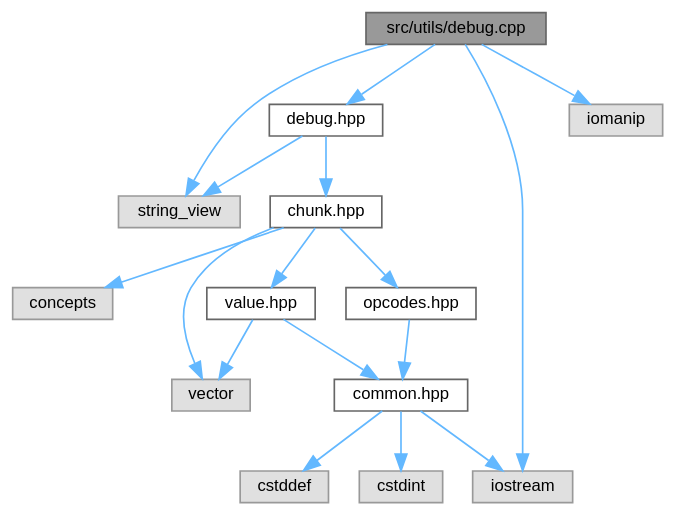
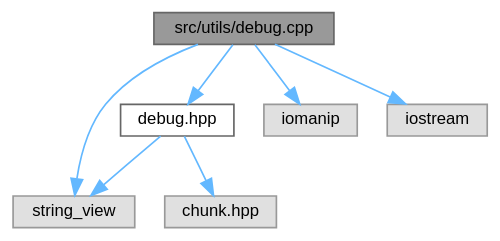
One commit to kejunp/kejunp.github.io changed the diagram in pebbl/docs/debug_8cpp__incl.dot. Above: the diagram before and after it, drawn with Graphviz. The commit also changed 95 other files, not shown here.

```diff
--- a/pebbl/docs/debug_8cpp__incl.dot
+++ b/pebbl/docs/debug_8cpp__incl.dot
@@ -1,36 +1,19 @@
 digraph "src/utils/debug.cpp"
 {
  // LATEX_PDF_SIZE
   bgcolor="transparent";
   edge [fontname=Helvetica,fontsize=10,labelfontname=Helvetica,labelfontsize=10];
   node [fontname=Helvetica,fontsize=10,shape=box,height=0.2,width=0.4];
   Node1 [id="Node000001",label="src/utils/debug.cpp",height=0.2,width=0.4,color="gray40", fillcolor="grey60", style="filled", fontcolor="black",tooltip=" "];
   Node1 -> Node2 [id="edge1_Node000001_Node000002",color="steelblue1",style="solid",tooltip=" "];
   Node2 [id="Node000002",label="debug.hpp",height=0.2,width=0.4,color="grey40", fillcolor="white", style="filled",URL="$debug_8hpp.html",tooltip=" "];
   Node2 -> Node3 [id="edge2_Node000002_Node000003",color="steelblue1",style="solid",tooltip=" "];
   Node3 [id="Node000003",label="string_view",height=0.2,width=0.4,color="grey60", fillcolor="#E0E0E0", style="filled",tooltip=" "];
   Node2 -> Node4 [id="edge3_Node000002_Node000004",color="steelblue1",style="solid",tooltip=" "];
-  Node4 [id="Node000004",label="chunk.hpp",height=0.2,width=0.4,color="grey40", fillcolor="white", style="filled",URL="$chunk_8hpp.html",tooltip=" "];
-  Node4 -> Node5 [id="edge4_Node000004_Node000005",color="steelblue1",style="solid",tooltip=" "];
-  Node5 [id="Node000005",label="concepts",height=0.2,width=0.4,color="grey60", fillcolor="#E0E0E0", style="filled",tooltip=" "];
-  Node4 -> Node6 [id="edge5_Node000004_Node000006",color="steelblue1",style="solid",tooltip=" "];
-  Node6 [id="Node000006",label="vector",height=0.2,width=0.4,color="grey60", fillcolor="#E0E0E0", style="filled",tooltip=" "];
-  Node4 -> Node7 [id="edge6_Node000004_Node000007",color="steelblue1",style="solid",tooltip=" "];
-  Node7 [id="Node000007",label="opcodes.hpp",height=0.2,width=0.4,color="grey40", fillcolor="white", style="filled",URL="$opcodes_8hpp.html",tooltip=" "];
-  Node7 -> Node8 [id="edge7_Node000007_Node000008",color="steelblue1",style="solid",tooltip=" "];
-  Node8 [id="Node000008",label="common.hpp",height=0.2,width=0.4,color="grey40", fillcolor="white", style="filled",URL="$common_8hpp.html",tooltip=" "];
-  Node8 -> Node9 [id="edge8_Node000008_Node000009",color="steelblue1",style="solid",tooltip=" "];
-  Node9 [id="Node000009",label="cstddef",height=0.2,width=0.4,color="grey60", fillcolor="#E0E0E0", style="filled",tooltip=" "];
-  Node8 -> Node10 [id="edge9_Node000008_Node000010",color="steelblue1",style="solid",tooltip=" "];
-  Node10 [id="Node000010",label="cstdint",height=0.2,width=0.4,color="grey60", fillcolor="#E0E0E0", style="filled",tooltip=" "];
-  Node8 -> Node11 [id="edge10_Node000008_Node000011",color="steelblue1",style="solid",tooltip=" "];
-  Node11 [id="Node000011",label="iostream",height=0.2,width=0.4,color="grey60", fillcolor="#E0E0E0", style="filled",tooltip=" "];
-  Node4 -> Node12 [id="edge11_Node000004_Node000012",color="steelblue1",style="solid",tooltip=" "];
-  Node12 [id="Node000012",label="value.hpp",height=0.2,width=0.4,color="grey40", fillcolor="white", style="filled",URL="$value_8hpp.html",tooltip=" "];
-  Node12 -> Node6 [id="edge12_Node000012_Node000006",color="steelblue1",style="solid",tooltip=" "];
-  Node12 -> Node8 [id="edge13_Node000012_Node000008",color="steelblue1",style="solid",tooltip=" "];
-  Node1 -> Node13 [id="edge14_Node000001_Node000013",color="steelblue1",style="solid",tooltip=" "];
-  Node13 [id="Node000013",label="iomanip",height=0.2,width=0.4,color="grey60", fillcolor="#E0E0E0", style="filled",tooltip=" "];
-  Node1 -> Node11 [id="edge15_Node000001_Node000011",color="steelblue1",style="solid",tooltip=" "];
-  Node1 -> Node3 [id="edge16_Node000001_Node000003",color="steelblue1",style="solid",tooltip=" "];
+  Node4 [id="Node000004",label="chunk.hpp",height=0.2,width=0.4,color="grey60", fillcolor="#E0E0E0", style="filled",tooltip=" "];
+  Node1 -> Node5 [id="edge4_Node000001_Node000005",color="steelblue1",style="solid",tooltip=" "];
+  Node5 [id="Node000005",label="iomanip",height=0.2,width=0.4,color="grey60", fillcolor="#E0E0E0", style="filled",tooltip=" "];
+  Node1 -> Node6 [id="edge5_Node000001_Node000006",color="steelblue1",style="solid",tooltip=" "];
+  Node6 [id="Node000006",label="iostream",height=0.2,width=0.4,color="grey60", fillcolor="#E0E0E0", style="filled",tooltip=" "];
+  Node1 -> Node3 [id="edge6_Node000001_Node000003",color="steelblue1",style="solid",tooltip=" "];
 }
```
